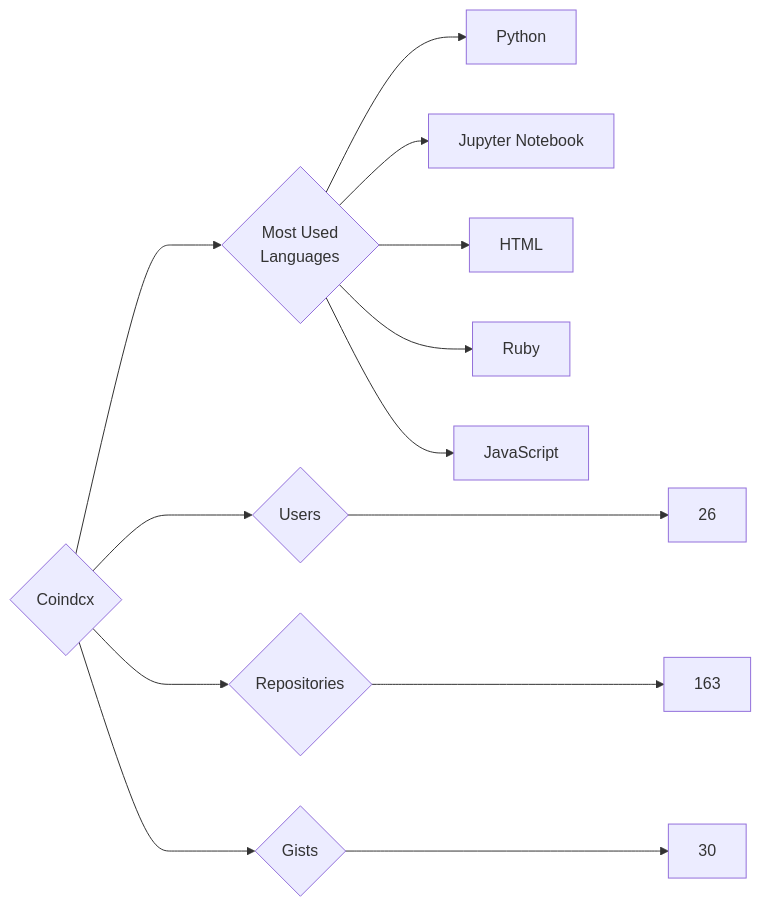
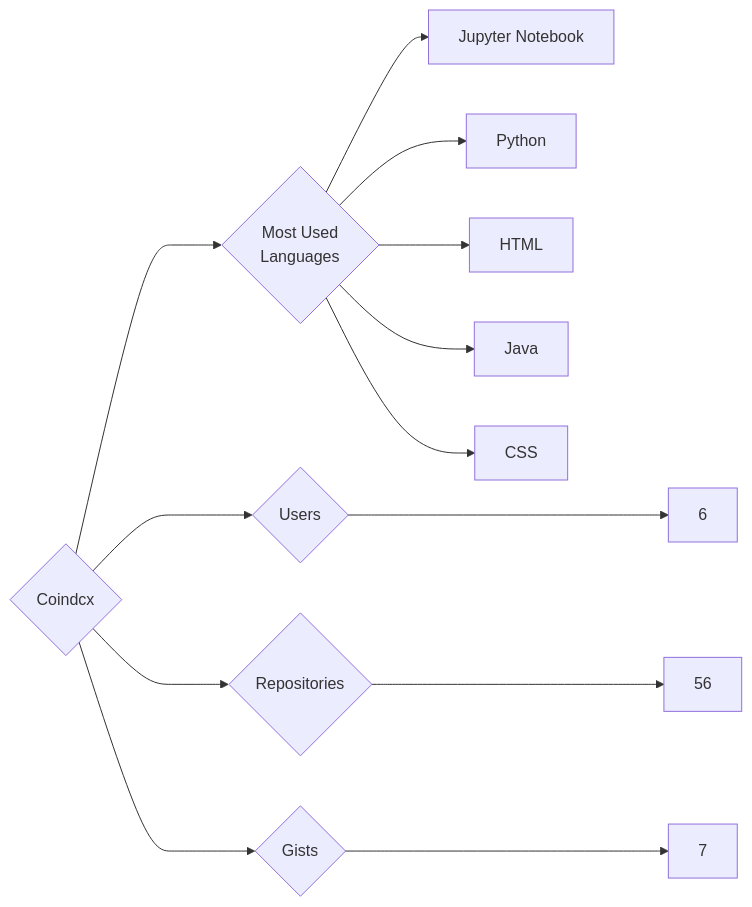
One commit to trickest/insiders changed the diagram in targets/Coindcx/README.md. Above: the diagram before and after it, drawn with Mermaid. The commit also changed 772 other files, not shown here.

````diff
--- a/targets/Coindcx/README.md
+++ b/targets/Coindcx/README.md
@@ -3,13 +3,13 @@
 ```mermaid
 graph LR
 COMPANY_NAME{Coindcx}
-COMPANY_NAME ---> U{Users} ---> UN[26]
-COMPANY_NAME ---> R{Repositories} ---> RN[163]
-COMPANY_NAME ---> G{Gists} ---> GN[30]
+COMPANY_NAME ---> U{Users} ---> UN[6]
+COMPANY_NAME ---> R{Repositories} ---> RN[56]
+COMPANY_NAME ---> G{Gists} ---> GN[7]
 COMPANY_NAME ---> ML{Most Used<br>Languages}
+ML --> Jupyter_Notebook[Jupyter Notebook]
 ML --> Python[Python]
-ML --> Jupyter_Notebook[Jupyter Notebook]
 ML --> HTML[HTML]
-ML --> Ruby[Ruby]
-ML --> JavaScript[JavaScript]
+ML --> Java[Java]
+ML --> CSS[CSS]
 ```
````
